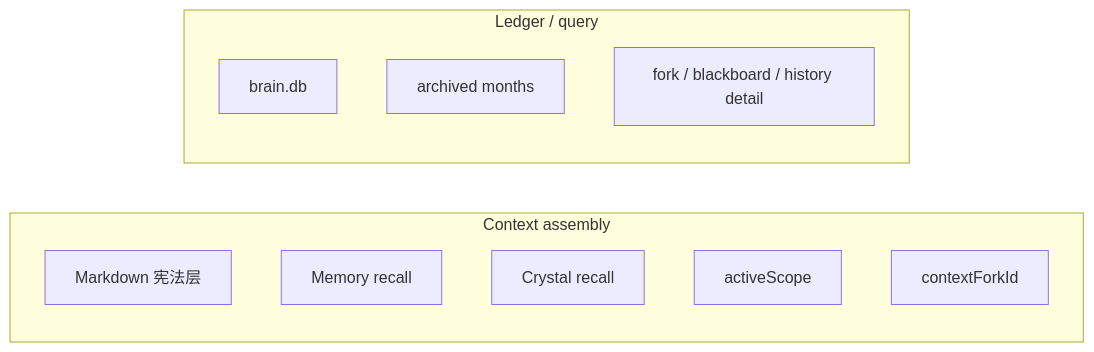
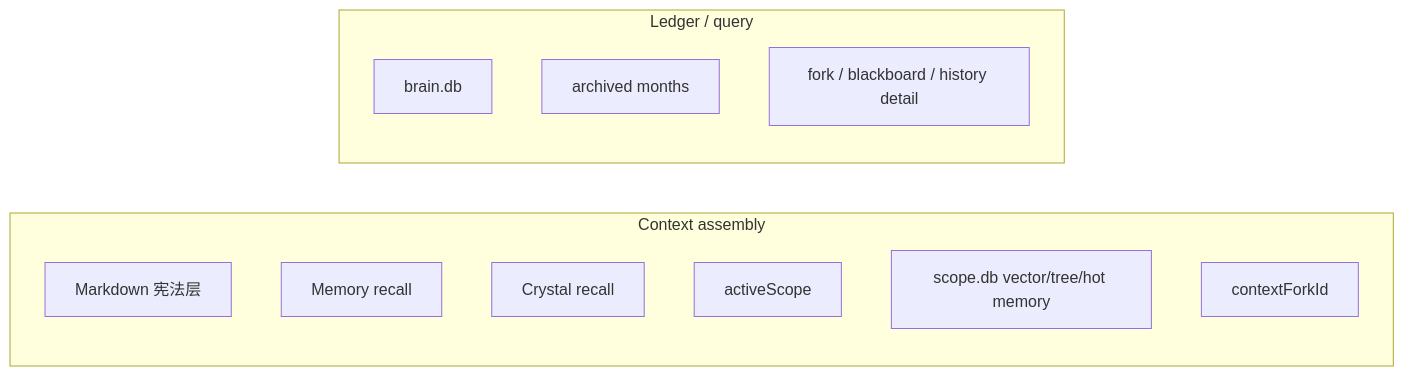
One commit to flyflor/flyflor changed the diagram in docs/memory.system.md. Above: the diagram before and after it, drawn with Mermaid. The commit also changed other lines of this file and 9 other files, not shown here.

Commit message:
scope: close scope-local vector db

````diff
--- a/docs/memory.system.md
+++ b/docs/memory.system.md
@@ -11,16 +11,17 @@
 ```mermaid
 flowchart LR
     subgraph Context["Context assembly"]
         Markdown["Markdown 宪法层"]
         Memory["Memory recall"]
         Crystal["Crystal recall"]
         Scope["activeScope"]
+        ScopeDb["scope.db vector/tree/hot memory"]
         Fork["contextForkId"]
     end
 
     subgraph Ledger["Ledger / query"]
         Brain["brain.db"]
         Archive["archived months"]
         Detail["fork / blackboard / history detail"]
     end
 ```
````
